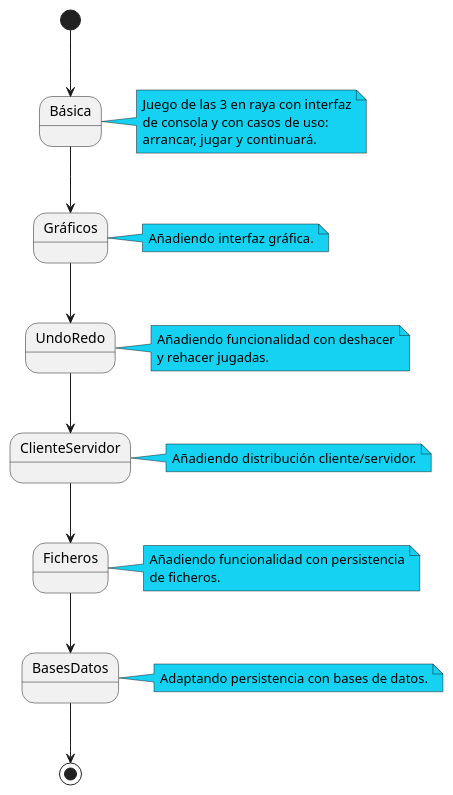
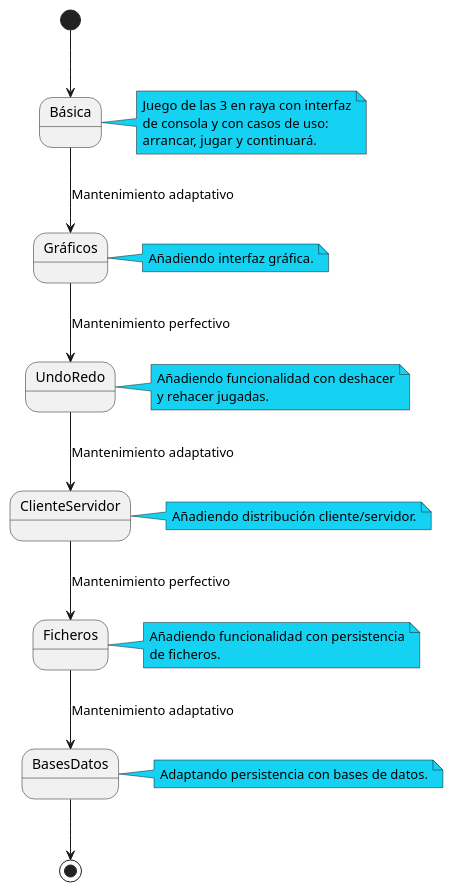
The diagram in docs/diagrams/src/version.plantuml (EscuelaIt/tictactoe-master-desarrollo-requirements), drawn with PlantUML before and after one commit.

```diff
--- a/docs/diagrams/src/version.plantuml
+++ b/docs/diagrams/src/version.plantuml
@@ -1,49 +1,49 @@
 @startuml version
 
 state Básica
 state Gráficos
 state UndoRedo
 state ClienteServidor
 State Ficheros
 State BasesDatos
 
 [*] --> Básica
-Básica --> Gráficos
-Gráficos --> UndoRedo
-UndoRedo --> ClienteServidor
-ClienteServidor --> Ficheros
-Ficheros --> BasesDatos
+Básica --> Gráficos:Mantenimiento adaptativo
+Gráficos --> UndoRedo:Mantenimiento perfectivo
+UndoRedo --> ClienteServidor:Mantenimiento adaptativo
+ClienteServidor --> Ficheros:Mantenimiento perfectivo
+Ficheros --> BasesDatos:Mantenimiento adaptativo
 BasesDatos --> [*]
 
 
 
 note right of Básica #15D2F3
   Juego de las 3 en raya con interfaz
   de consola y con casos de uso:
   arrancar, jugar y continuará.
 end note
 
 note right of Gráficos #15D2F3
   Añadiendo interfaz gráfica.
 end note
 
 note right of UndoRedo #15D2F3
   Añadiendo funcionalidad con deshacer
   y rehacer jugadas.
 end note
 
 note right of ClienteServidor #15D2F3
   Añadiendo distribución cliente/servidor.
 end note
 
 note right of Ficheros #15D2F3
   Añadiendo funcionalidad con persistencia
   de ficheros.
 end note
 
 note right of BasesDatos #15D2F3
   Adaptando persistencia con bases de datos.
 end note
 
 
 @enduml
```
